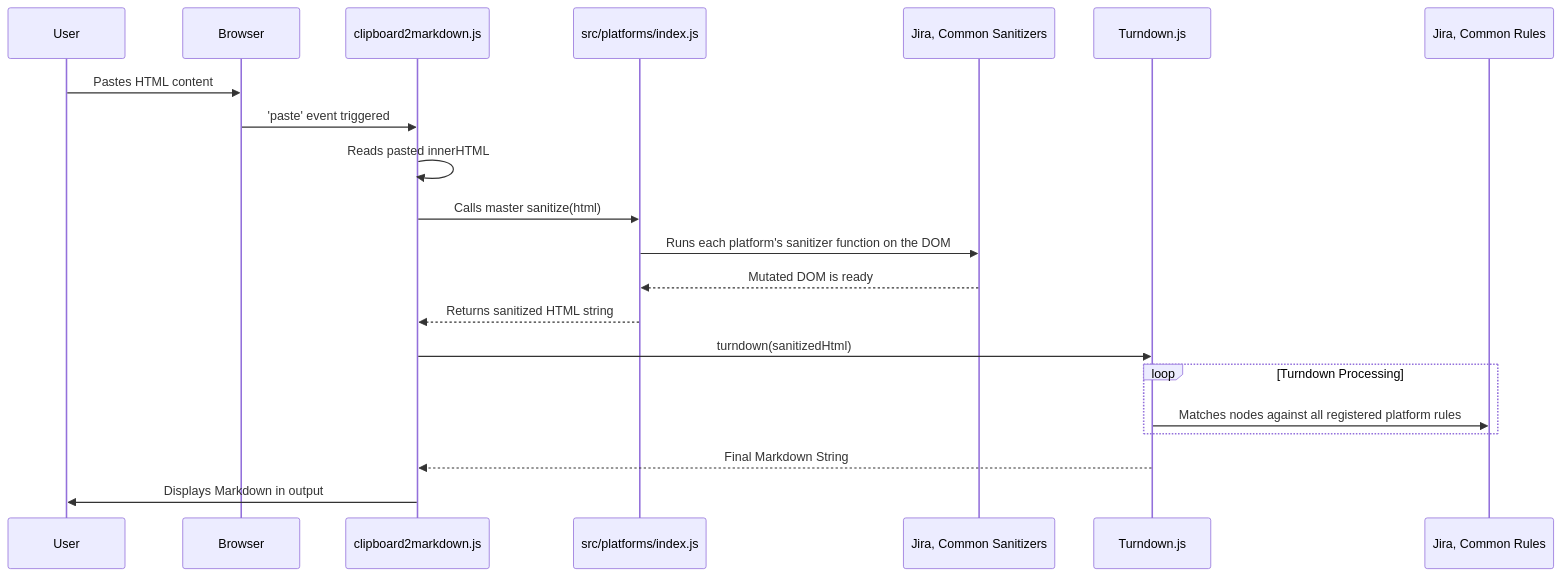
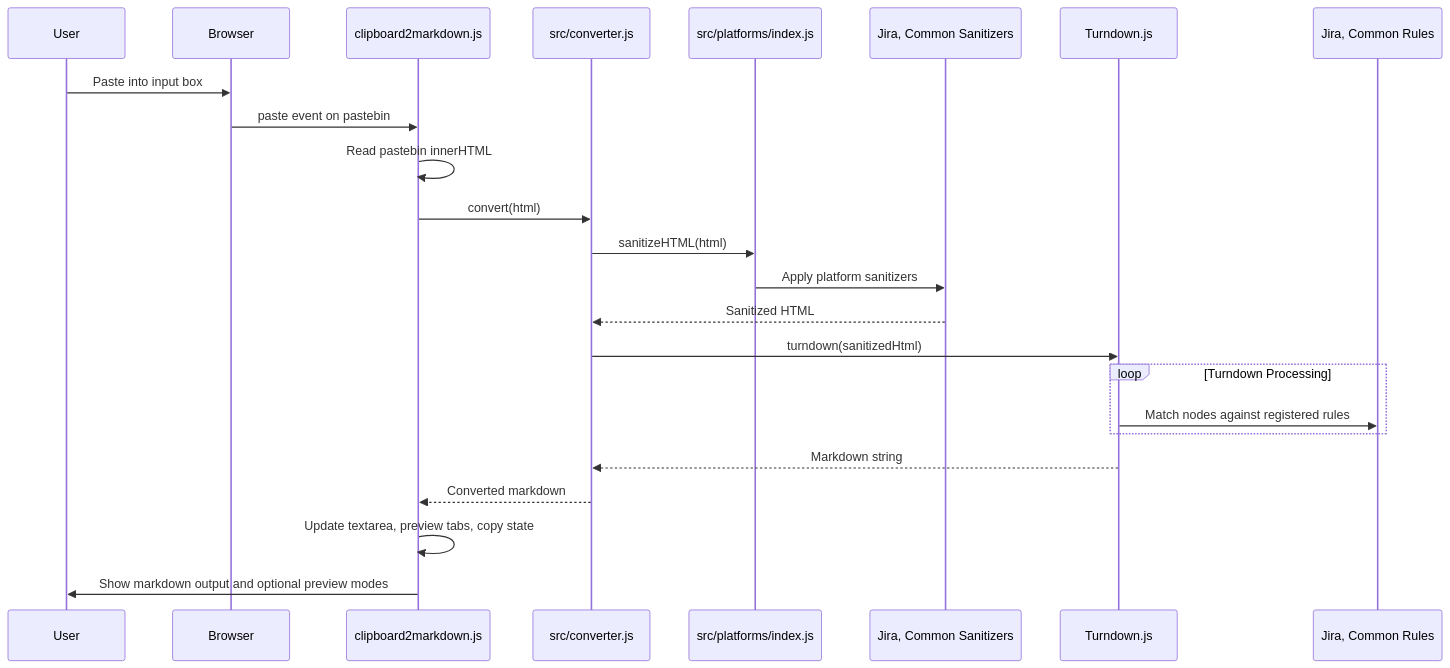
The diagram in gsd-lite/ARCHITECTURE.md (luutuankiet/clipboard2markdown), drawn with Mermaid before and after one commit. The commit also changed other lines of this file and 4 other files, not shown here.

````diff
--- a/gsd-lite/ARCHITECTURE.md
+++ b/gsd-lite/ARCHITECTURE.md
@@ -34,24 +34,27 @@
 ```mermaid
 sequenceDiagram
     participant User
     participant Browser
     participant UIController as clipboard2markdown.js
+    participant Converter as src/converter.js
     participant Aggregator as src/platforms/index.js
     participant Sanitizers as Jira, Common Sanitizers
     participant Engine as Turndown.js
     participant Rules as Jira, Common Rules
 
-    User->>Browser: Pastes HTML content
-    Browser->>UIController: 'paste' event triggered
-    UIController->>UIController: Reads pasted innerHTML
-    UIController->>Aggregator: Calls master sanitize(html)
-    Aggregator->>Sanitizers: Runs each platform's sanitizer function on the DOM
-    Sanitizers-->>Aggregator: Mutated DOM is ready
-    Aggregator-->>UIController: Returns sanitized HTML string
-    UIController->>Engine: turndown(sanitizedHtml)
+    User->>Browser: Paste into input box
+    Browser->>UIController: paste event on pastebin
+    UIController->>UIController: Read pastebin innerHTML
+    UIController->>Converter: convert(html)
+    Converter->>Aggregator: sanitizeHTML(html)
+    Aggregator->>Sanitizers: Apply platform sanitizers
+    Sanitizers-->>Converter: Sanitized HTML
+    Converter->>Engine: turndown(sanitizedHtml)
     loop Turndown Processing
-        Engine->>Rules: Matches nodes against all registered platform rules
+        Engine->>Rules: Match nodes against registered rules
     end
-    Engine-->>UIController: Final Markdown String
-    UIController->>User: Displays Markdown in output
+    Engine-->>Converter: Markdown string
+    Converter-->>UIController: Converted markdown
+    UIController->>UIController: Update textarea, preview tabs, copy state
+    UIController->>User: Show markdown output and optional preview modes
 ```
````
